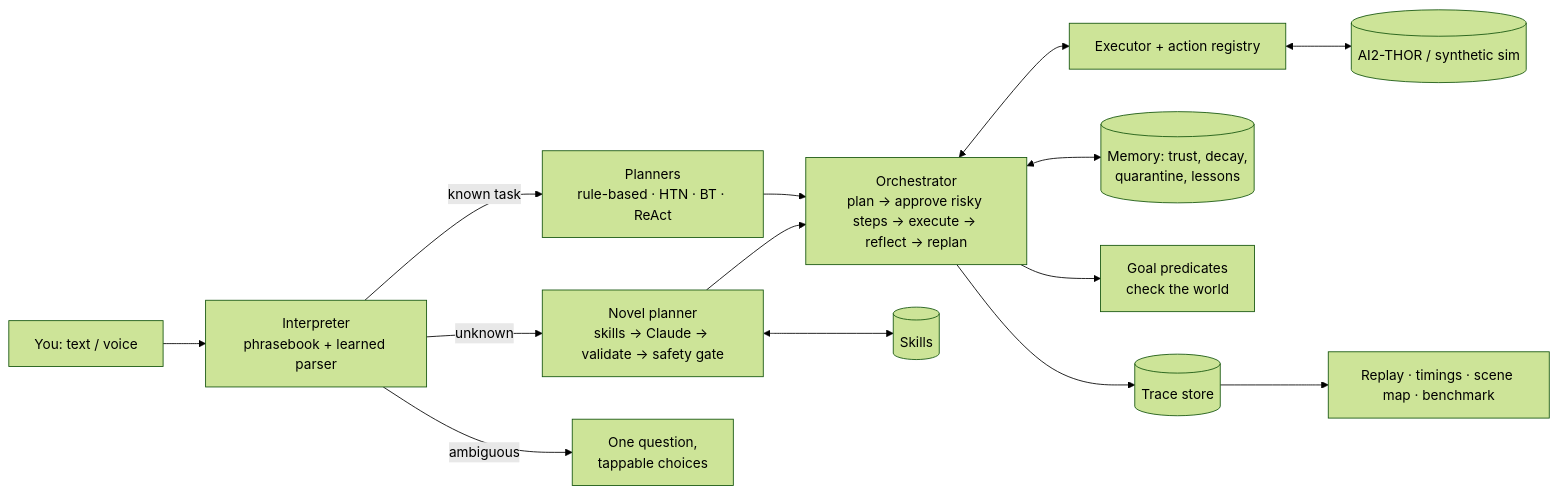
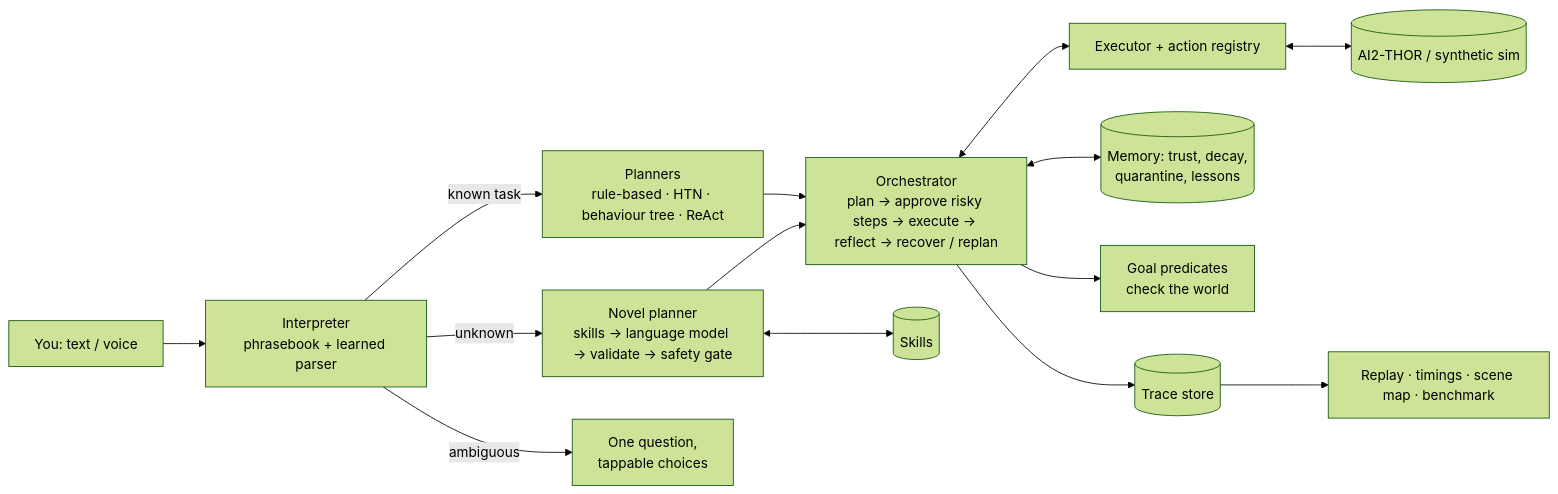
One commit to NaishaShetty/MILO changed the diagram in README.md. Above: the diagram before and after it, drawn with Mermaid (forest theme). The commit also changed other lines of this file and 15 other files, not shown here.

````diff
--- a/README.md
+++ b/README.md
@@ -22,13 +37,13 @@
 ```mermaid
 flowchart LR
   U[You: text / voice] --> I[Interpreter<br/>phrasebook + learned parser]
-  I -->|known task| P[Planners<br/>rule-based · HTN · BT · ReAct]
-  I -->|unknown| N[Novel planner<br/>skills → Claude → validate → safety gate]
+  I -->|known task| P[Planners<br/>rule-based · HTN · behaviour tree · ReAct]
+  I -->|unknown| N[Novel planner<br/>skills → language model → validate → safety gate]
   I -->|ambiguous| Q[One question,<br/>tappable choices]
-  P & N --> O[Orchestrator<br/>plan → approve risky steps → execute → reflect → replan]
+  P & N --> O[Orchestrator<br/>plan → approve risky steps → execute → reflect → recover / replan]
   O <--> E[Executor + action registry] <--> S[(AI2-THOR / synthetic sim)]
   O <--> M[(Memory: trust, decay,<br/>quarantine, lessons)]
   O --> V[Goal predicates<br/>check the world]
   O --> T[(Trace store)] --> R[Replay · timings · scene map · benchmark]
   N <--> K[(Skills)]
 ```
````
